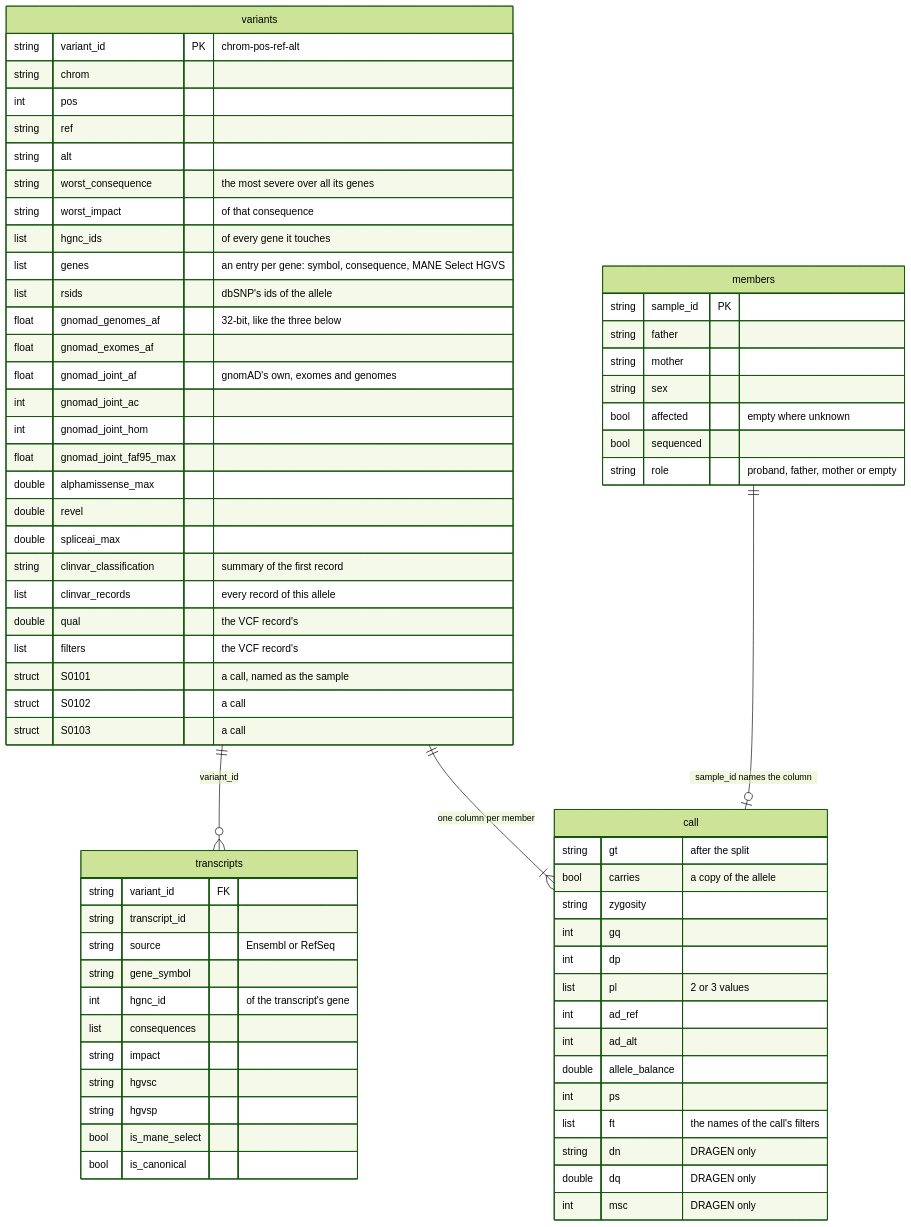
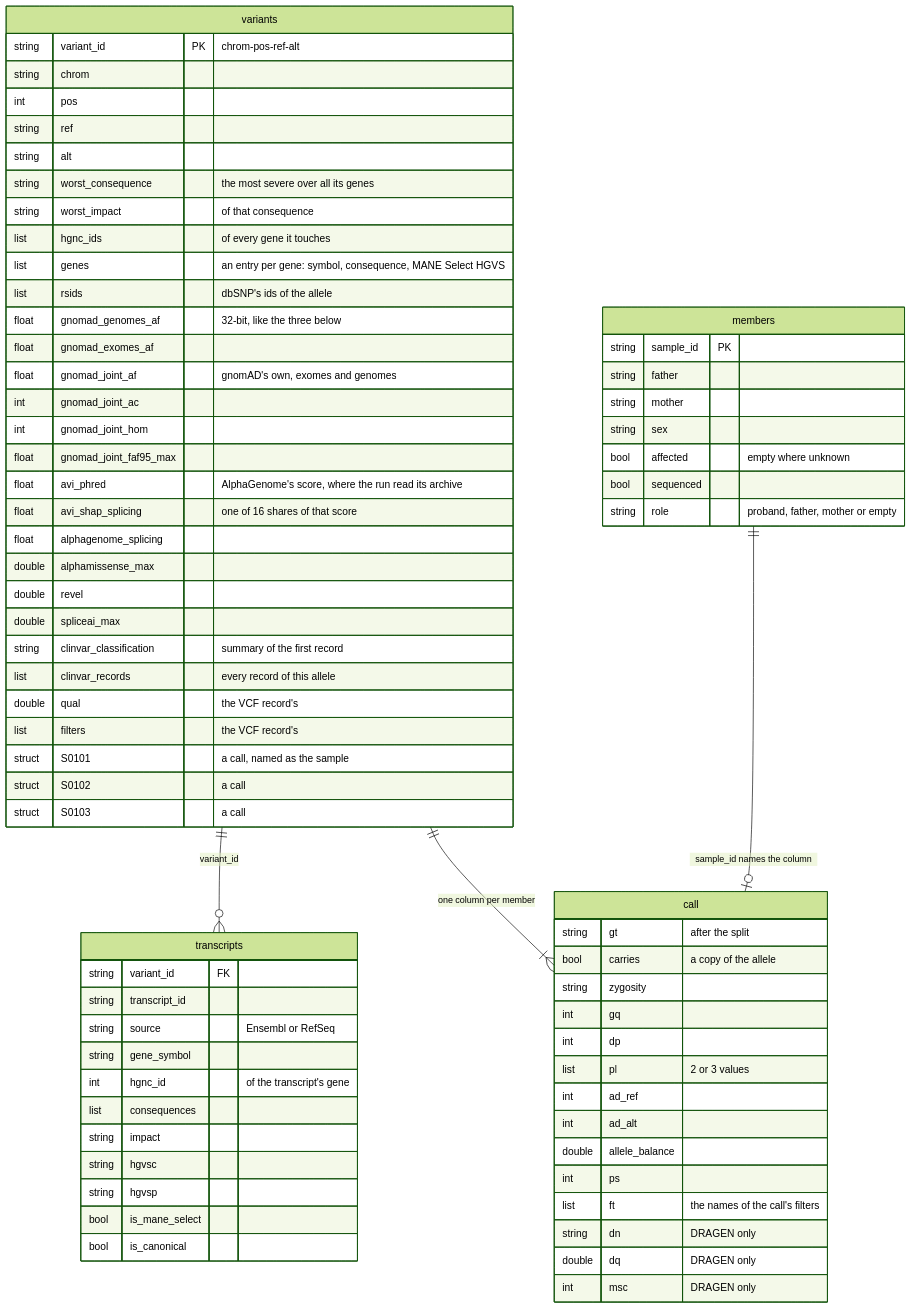
Before and after one commit to populationgenomics/case-annotation-pipeline: the second of 4 diagrams in docs/family-tables.md, drawn with Mermaid (forest theme). The commit also changed other lines of this file and 22 other files, not shown here.

First line of the commit message:
Read AlphaGenome's scores into variants from optional echtvar archives (#30)

````diff
--- a/docs/family-tables.md
+++ b/docs/family-tables.md
@@ -90,72 +90,75 @@
 ```mermaid
 erDiagram
     variants ||--o{ transcripts : "variant_id"
     variants ||--|{ call : "one column per member"
     members ||--o| call : "sample_id names the column"
     variants {
         string variant_id PK "chrom-pos-ref-alt"
         string chrom
         int pos
         string ref
         string alt
         string worst_consequence "the most severe over all its genes"
         string worst_impact "of that consequence"
         list hgnc_ids "of every gene it touches"
         list genes "an entry per gene: symbol, consequence, MANE Select HGVS"
         list rsids "dbSNP's ids of the allele"
         float gnomad_genomes_af "32-bit, like the three below"
         float gnomad_exomes_af
         float gnomad_joint_af "gnomAD's own, exomes and genomes"
         int gnomad_joint_ac
         int gnomad_joint_hom
         float gnomad_joint_faf95_max
+        float avi_phred "AlphaGenome's score, where the run read its archive"
+        float avi_shap_splicing "one of 16 shares of that score"
+        float alphagenome_splicing
         double alphamissense_max
         double revel
         double spliceai_max
         string clinvar_classification "summary of the first record"
         list clinvar_records "every record of this allele"
         double qual "the VCF record's"
         list filters "the VCF record's"
         struct S0101 "a call, named as the sample"
         struct S0102 "a call"
         struct S0103 "a call"
     }
     transcripts {
         string variant_id FK
         string transcript_id
         string source "Ensembl or RefSeq"
         string gene_symbol
         int hgnc_id "of the transcript's gene"
         list consequences
         string impact
         string hgvsc
         string hgvsp
         bool is_mane_select
         bool is_canonical
     }
     call {
         string gt "after the split"
         bool carries "a copy of the allele"
         string zygosity
         int gq
         int dp
         list pl "2 or 3 values"
         int ad_ref
         int ad_alt
         double allele_balance
         int ps
         list ft "the names of the call's filters"
         string dn "DRAGEN only"
         double dq "DRAGEN only"
         int msc "DRAGEN only"
     }
     members {
         string sample_id PK
         string father
         string mother
         string sex
         bool affected "empty where unknown"
         bool sequenced
         string role "proband, father, mother or empty"
     }
 ```
````
